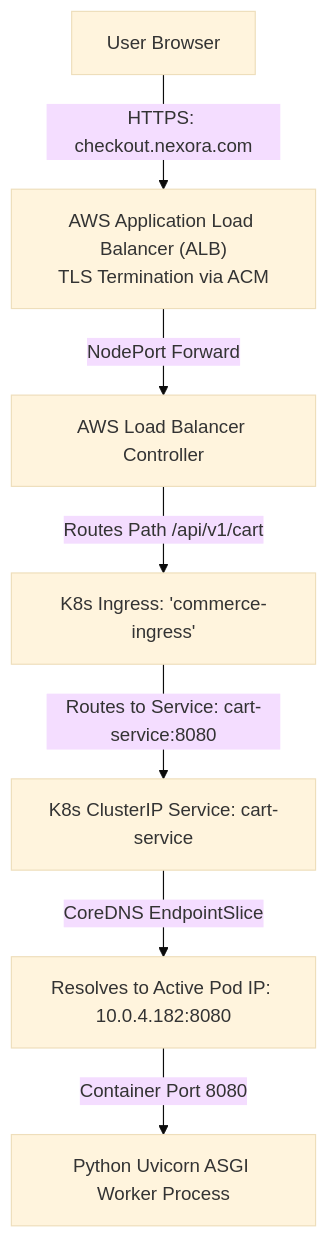
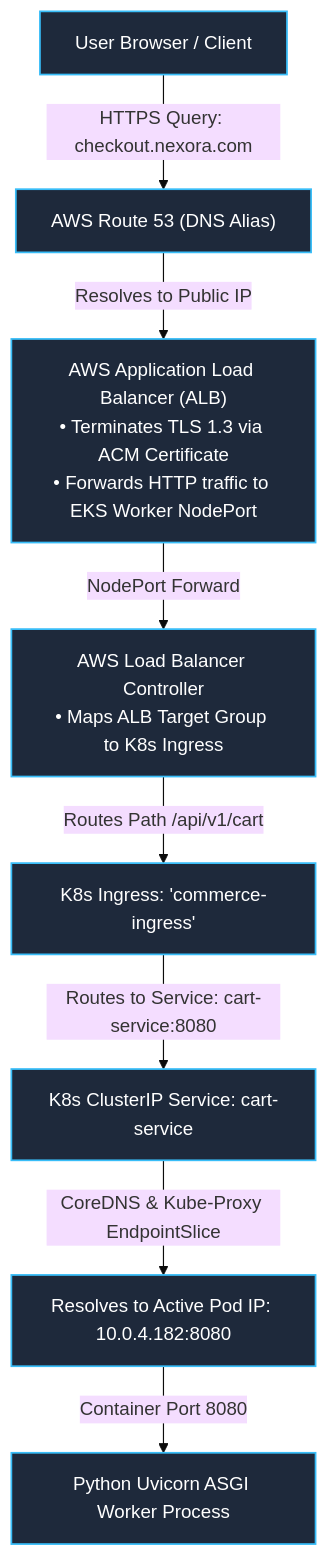
The tenth of 14 diagrams in DevOps_CI_CD_Master_Engineering_Blueprint.md (pvsafwa/devops-course-playbook), drawn with Mermaid (base theme) before and after one commit. The commit also changed other lines of this file, not shown here.

````diff
--- a/DevOps_CI_CD_Master_Engineering_Blueprint.md
+++ b/DevOps_CI_CD_Master_Engineering_Blueprint.md
@@ -260,9 +589,12 @@
 ```mermaid
 flowchart TD
-    Browser["User Browser"] -->|"HTTPS: checkout.nexora.com"| ALB["AWS Application Load Balancer (ALB)<br/>TLS Termination via ACM"]
-    ALB -->|"NodePort Forward"| LBController["AWS Load Balancer Controller"]
+    Browser["User Browser / Client"] -->|"HTTPS Query: checkout.nexora.com"| Route53["AWS Route 53 (DNS Alias)"]
+    Route53 -->|"Resolves to Public IP"| ALB["AWS Application Load Balancer (ALB)<br/>• Terminates TLS 1.3 via ACM Certificate<br/>• Forwards HTTP traffic to EKS Worker NodePort"]
+    ALB -->|"NodePort Forward"| LBController["AWS Load Balancer Controller<br/>• Maps ALB Target Group to K8s Ingress"]
     LBController -->|"Routes Path /api/v1/cart"| K8sIngress["K8s Ingress: 'commerce-ingress'"]
     K8sIngress -->|"Routes to Service: cart-service:8080"| K8sService["K8s ClusterIP Service: cart-service"]
-    K8sService -->|"CoreDNS EndpointSlice"| PodIP["Resolves to Active Pod IP: 10.0.4.182:8080"]
+    K8sService -->|"CoreDNS & Kube-Proxy EndpointSlice"| PodIP["Resolves to Active Pod IP: 10.0.4.182:8080"]
     PodIP -->|"Container Port 8080"| Worker["Python Uvicorn ASGI Worker Process"]
+    classDef comp fill:#1e293b,stroke:#38bdf8,stroke-width:1.5px,color:#ffffff;
+    class Browser,Route53,ALB,LBController,K8sIngress,K8sService,PodIP,Worker comp;
 ```
````
